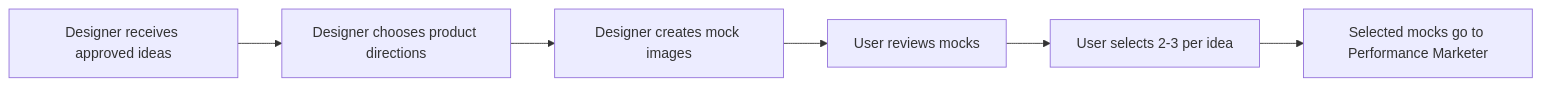
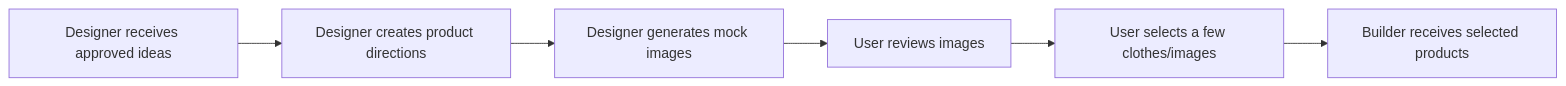
The fourth of 6 diagrams in docs/PRD.md (neilsanghrajka/drip), drawn with Mermaid before and after one commit. The commit also changed other lines of this file and 26 other files, not shown here.

````diff
--- a/docs/PRD.md
+++ b/docs/PRD.md
@@ -287,11 +245,11 @@
 ```mermaid
 flowchart LR
   A["Designer receives approved ideas"]
-  B["Designer chooses product directions"]
-  C["Designer creates mock images"]
-  D["User reviews mocks"]
-  E["User selects 2-3 per idea"]
-  F["Selected mocks go to Performance Marketer"]
+  B["Designer creates product directions"]
+  C["Designer generates mock images"]
+  D["User reviews images"]
+  E["User selects a few clothes/images"]
+  F["Builder receives selected products"]
 
   A --> B --> C --> D --> E --> F
 ```
````
